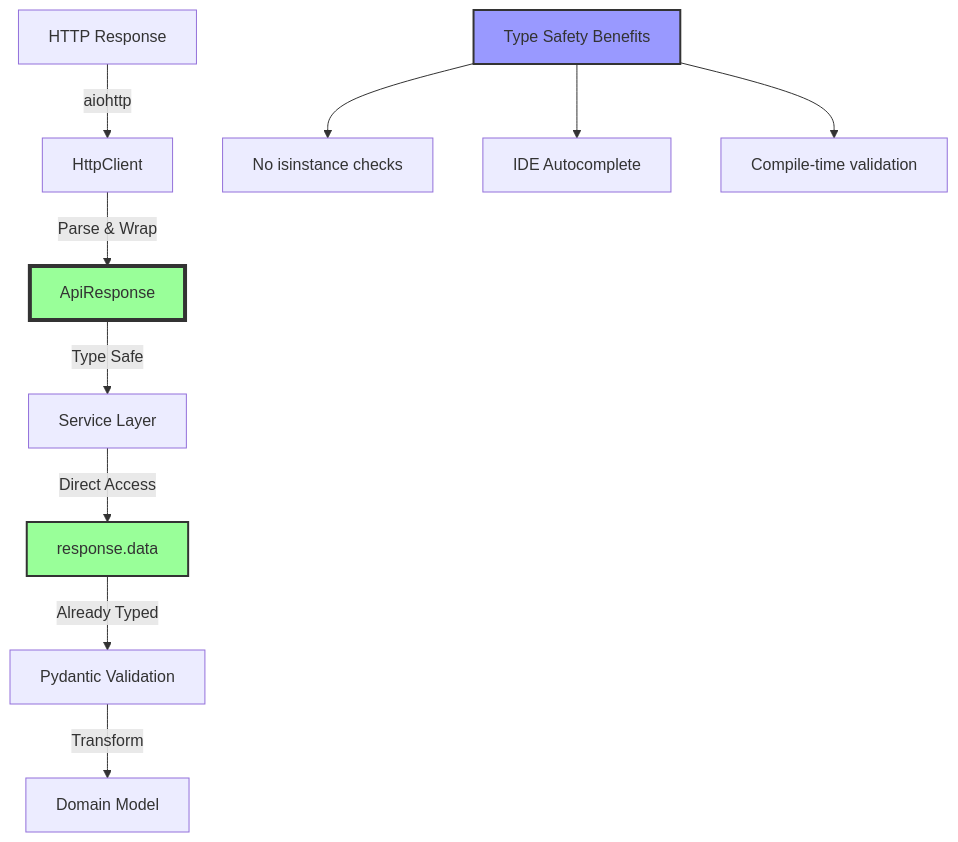
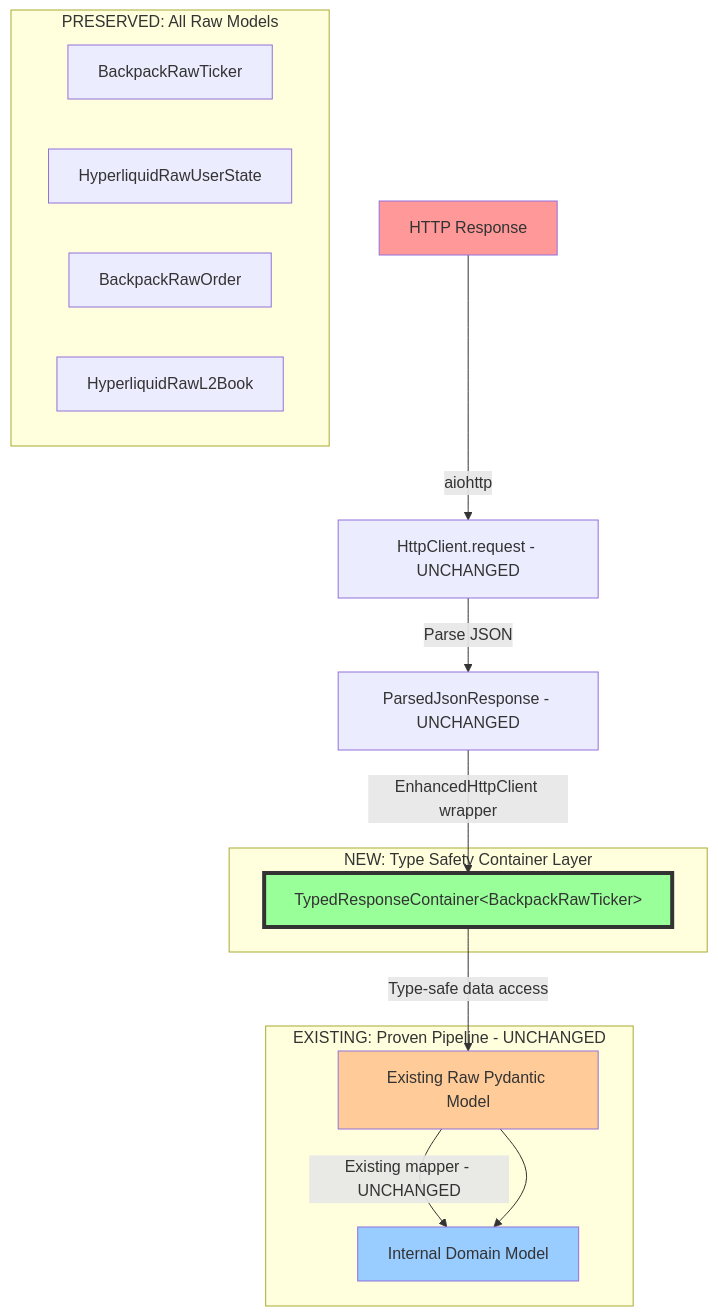
One commit to plataplomo/hummingbot changed the second of 2 diagrams in workflow/ParsedJsonResponse.md. Above: the diagram before and after it, drawn with Mermaid. The commit also changed other lines of this file and 296 other files, not shown here.

````diff
--- a/workflow/ParsedJsonResponse.md
+++ b/workflow/ParsedJsonResponse.md
@@ -580,18 +708,28 @@
 ```mermaid
 flowchart TD
-    A[HTTP Response] -->|aiohttp| B[HttpClient]
-    B -->|Parse & Wrap| C[ApiResponse<T>]
-    C -->|Type Safe| D[Service Layer]
-    D -->|Direct Access| E[response.data]
-    E -->|Already Typed| F[Pydantic Validation]
-    F -->|Transform| G[Domain Model]
+    A[HTTP Response] -->|aiohttp| B[HttpClient.request - UNCHANGED]
+    B -->|Parse JSON| C[ParsedJsonResponse - UNCHANGED]
+    C -->|EnhancedHttpClient wrapper| D[TypedResponseContainer&lt;BackpackRawTicker&gt;]
+    D -->|Type-safe data access| E[Existing Raw Pydantic Model]
+    E -->|Existing mapper - UNCHANGED| F[Internal Domain Model]
     
-    H[Type Safety Benefits]
-    H --> I[No isinstance checks]
-    H --> J[IDE Autocomplete]
-    H --> K[Compile-time validation]
+    style A fill:#ff9999
+    style D fill:#99ff99,stroke:#333,stroke-width:4px
+    style E fill:#ffcc99
+    style F fill:#99ccff
     
-    style C fill:#9f9,stroke:#333,stroke-width:4px
-    style E fill:#9f9,stroke:#333,stroke-width:2px
-    style H fill:#99f,stroke:#333,stroke-width:2px
+    subgraph "NEW: Type Safety Container Layer"
+        D
+    end
+    
+    subgraph "EXISTING: Proven Pipeline - UNCHANGED"
+        E --> F
+    end
+    
+    subgraph "PRESERVED: All Raw Models"
+        E1[BackpackRawTicker]
+        E2[HyperliquidRawUserState]
+        E3[BackpackRawOrder]
+        E4[HyperliquidRawL2Book]
+    end
 ```
````
